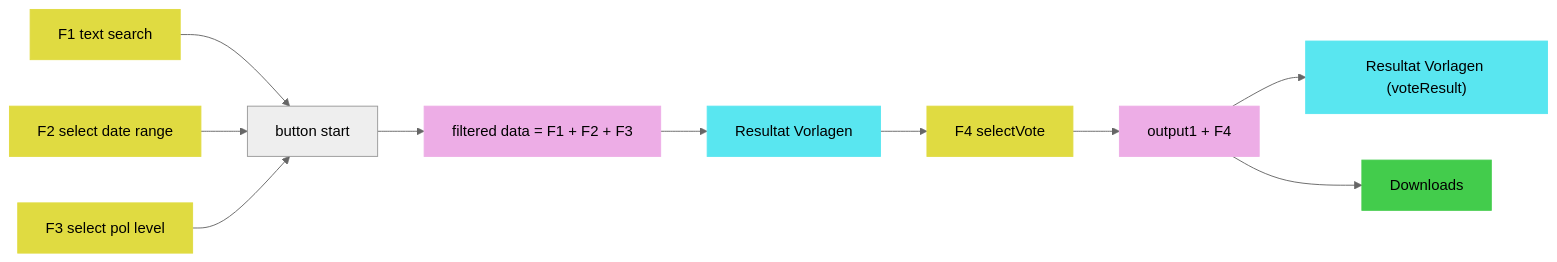
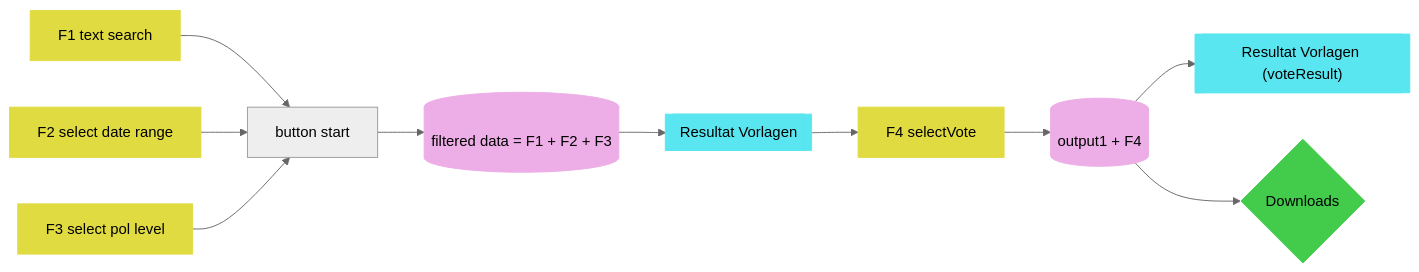
Before and after one commit to StatistikStadtZuerich/ABDA: the diagram in README.md, drawn with Mermaid (neutral theme).

Commit message:
Update README.md
add shapes

````diff
--- a/README.md
+++ b/README.md
@@ -6,16 +6,17 @@
 ```mermaid
 flowchart LR;
   f1[F1 text search]:::filter --> button[button start]
   f2[F2 select date range]:::filter --> button
   f3[F3 select pol level]:::filter --> button
-  button --> output1[filtered data = F1 + F2 + F3]:::data
-  output1 --> results1[Resultat Vorlagen]:::result
+  button --> output1[(filtered data = F1 + F2 + F3)]:::data
+  output1 --> results1[[Resultat Vorlagen]]:::result
   results1 --> f4[F4 selectVote]:::filter
-  f4 --> output2[output1 + F4]:::data
-  output2 --> results2["Resultat Vorlagen (voteResult)"]:::result
-  output2 --> downloads[Downloads]:::download
+  f4 --> output2[(output1 + F4)]:::data
+  output2 --> results2[["Resultat Vorlagen (voteResult)"]]:::result
+  output2 --> downloads{Downloads}:::download
+  
   classDef filter fill:#e0db41,stroke:#e0db41;
   classDef data fill:#edade6,stroke:#edade6;
   classDef result fill:#59e6f0,stroke:#59e6f0;
   classDef download fill:#43cc4c,stroke:#43cc4c;
 ```
````
